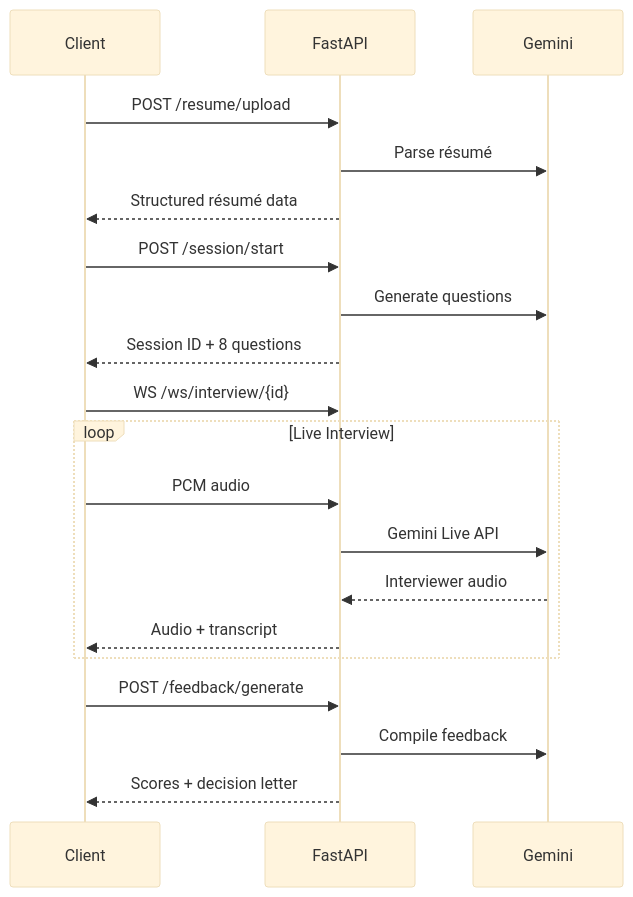
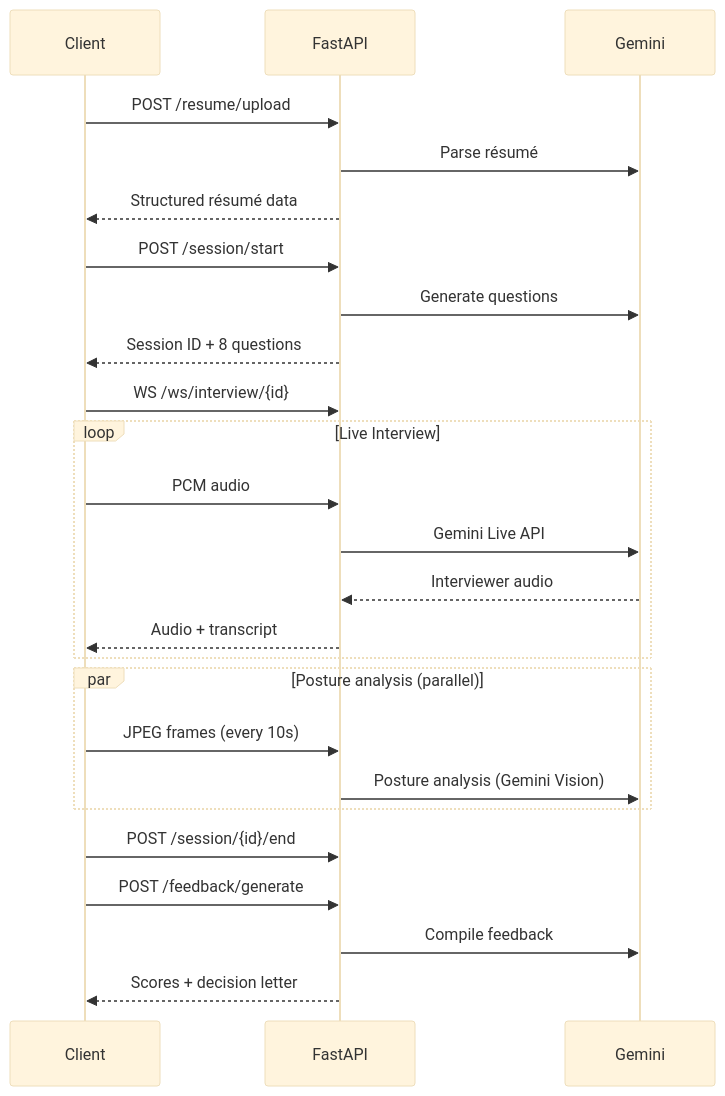
Before and after one commit to mockmate-app/mockmate: the second of 2 diagrams in backend/README.md, drawn with Mermaid (base theme). The commit also changed other lines of this file and 2 other files, not shown here.

````diff
--- a/backend/README.md
+++ b/backend/README.md
@@ -157,26 +158,32 @@
 ```mermaid
 sequenceDiagram
     participant Client
     participant API as FastAPI
     participant AI as Gemini
 
     Client->>API: POST /resume/upload
     API->>AI: Parse résumé
     API-->>Client: Structured résumé data
 
     Client->>API: POST /session/start
     API->>AI: Generate questions
     API-->>Client: Session ID + 8 questions
 
     Client->>API: WS /ws/interview/{id}
     loop Live Interview
         Client->>API: PCM audio
         API->>AI: Gemini Live API
         AI-->>API: Interviewer audio
         API-->>Client: Audio + transcript
     end
 
+    par Posture analysis (parallel)
+        Client->>API: JPEG frames (every 10s)
+        API->>AI: Posture analysis (Gemini Vision)
+    end
+
+    Client->>API: POST /session/{id}/end
     Client->>API: POST /feedback/generate
     API->>AI: Compile feedback
     API-->>Client: Scores + decision letter
 ```
````
